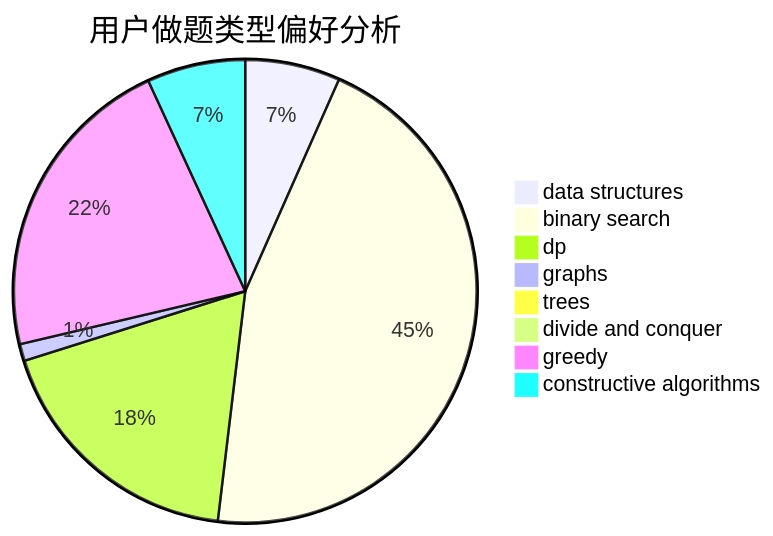
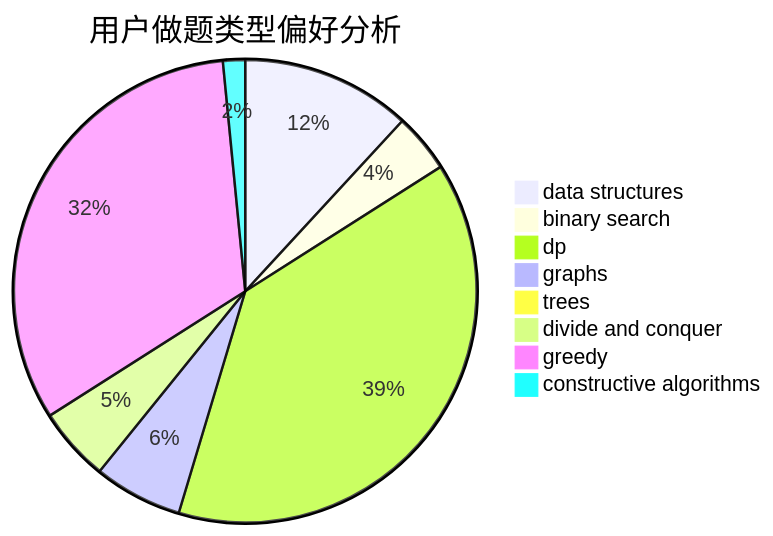
Before and after one commit to sherpahu/cfrs.github.io: the second of 3 diagrams in docs/user/u2257.md, drawn with Mermaid. The commit also changed other lines of this file and 2770 other files, not shown here.

````diff
--- a/docs/user/u2257.md
+++ b/docs/user/u2257.md
@@ -23,11 +23,11 @@
 ```mermaid
 pie title 用户做题类型偏好分析
-    "data structures" :  28
-    "binary search" :  191
-    "dp" :  77
-    "graphs" :  5
-    "trees" :  1
-    "divide and conquer" :  0
-    "greedy" :  92
-    "constructive algorithms" :  29
+    "data structures" :  23
+    "binary search" :  8
+    "dp" :  75
+    "graphs" :  12
+    "trees" :  0
+    "divide and conquer" :  10
+    "greedy" :  63
+    "constructive algorithms" :  3
 ```
````
